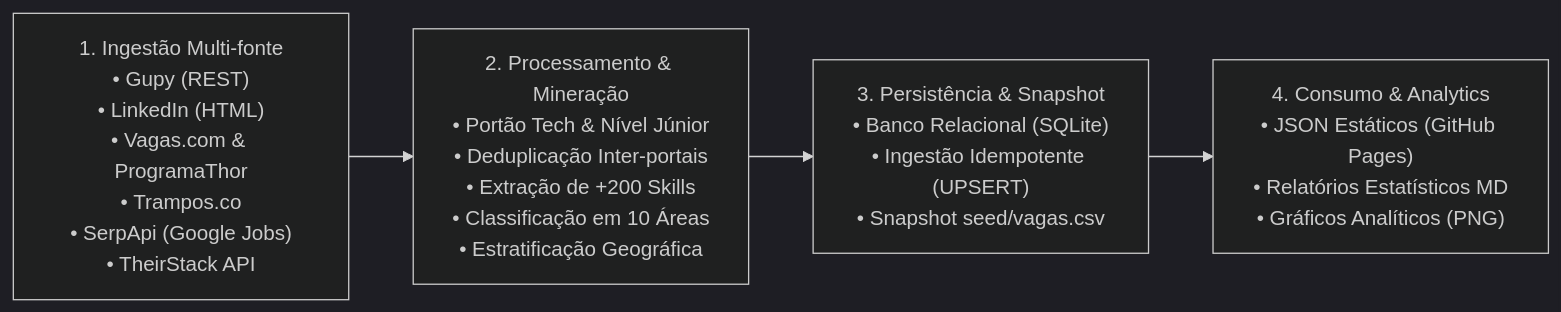
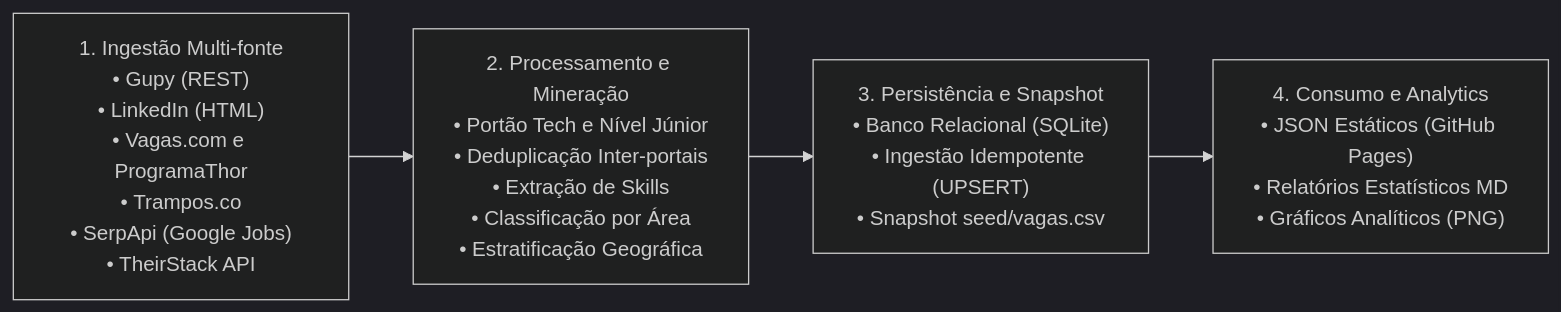
One commit to diasgarcia/tech-skills-br changed the diagram in docs/arquitetura_tecnica.md. Above: the diagram before and after it, drawn with Mermaid (dark theme). The commit also changed other lines of this file and 2 other files, not shown here.

````diff
--- a/docs/arquitetura_tecnica.md
+++ b/docs/arquitetura_tecnica.md
@@ -11,6 +9,6 @@
 ```mermaid
 flowchart LR
-    A["1. Ingestão Multi-fonte<br>• Gupy (REST)<br>• LinkedIn (HTML)<br>• Vagas.com & ProgramaThor<br>• Trampos.co<br>• SerpApi (Google Jobs)<br>• TheirStack API"] --> B["2. Processamento & Mineração<br>• Portão Tech & Nível Júnior<br>• Deduplicação Inter-portais<br>• Extração de +200 Skills<br>• Classificação em 10 Áreas<br>• Estratificação Geográfica"]
-    B --> C["3. Persistência & Snapshot<br>• Banco Relacional (SQLite)<br>• Ingestão Idempotente (UPSERT)<br>• Snapshot seed/vagas.csv"]
-    C --> D["4. Consumo & Analytics<br>• JSON Estáticos (GitHub Pages)<br>• Relatórios Estatísticos MD<br>• Gráficos Analíticos (PNG)"]
+    A["1. Ingestão Multi-fonte<br>• Gupy (REST)<br>• LinkedIn (HTML)<br>• Vagas.com e ProgramaThor<br>• Trampos.co<br>• SerpApi (Google Jobs)<br>• TheirStack API"] --> B["2. Processamento e Mineração<br>• Portão Tech e Nível Júnior<br>• Deduplicação Inter-portais<br>• Extração de Skills<br>• Classificação por Área<br>• Estratificação Geográfica"]
+    B --> C["3. Persistência e Snapshot<br>• Banco Relacional (SQLite)<br>• Ingestão Idempotente (UPSERT)<br>• Snapshot seed/vagas.csv"]
+    C --> D["4. Consumo e Analytics<br>• JSON Estáticos (GitHub Pages)<br>• Relatórios Estatísticos MD<br>• Gráficos Analíticos (PNG)"]
 ```
````
